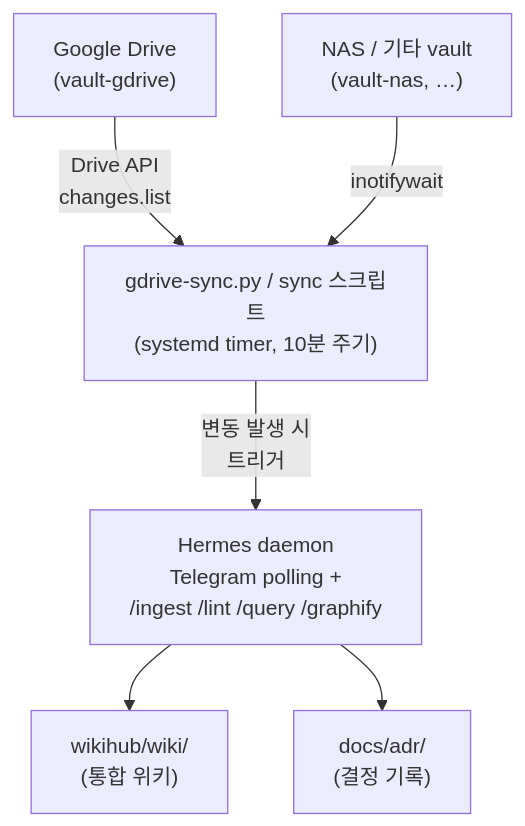
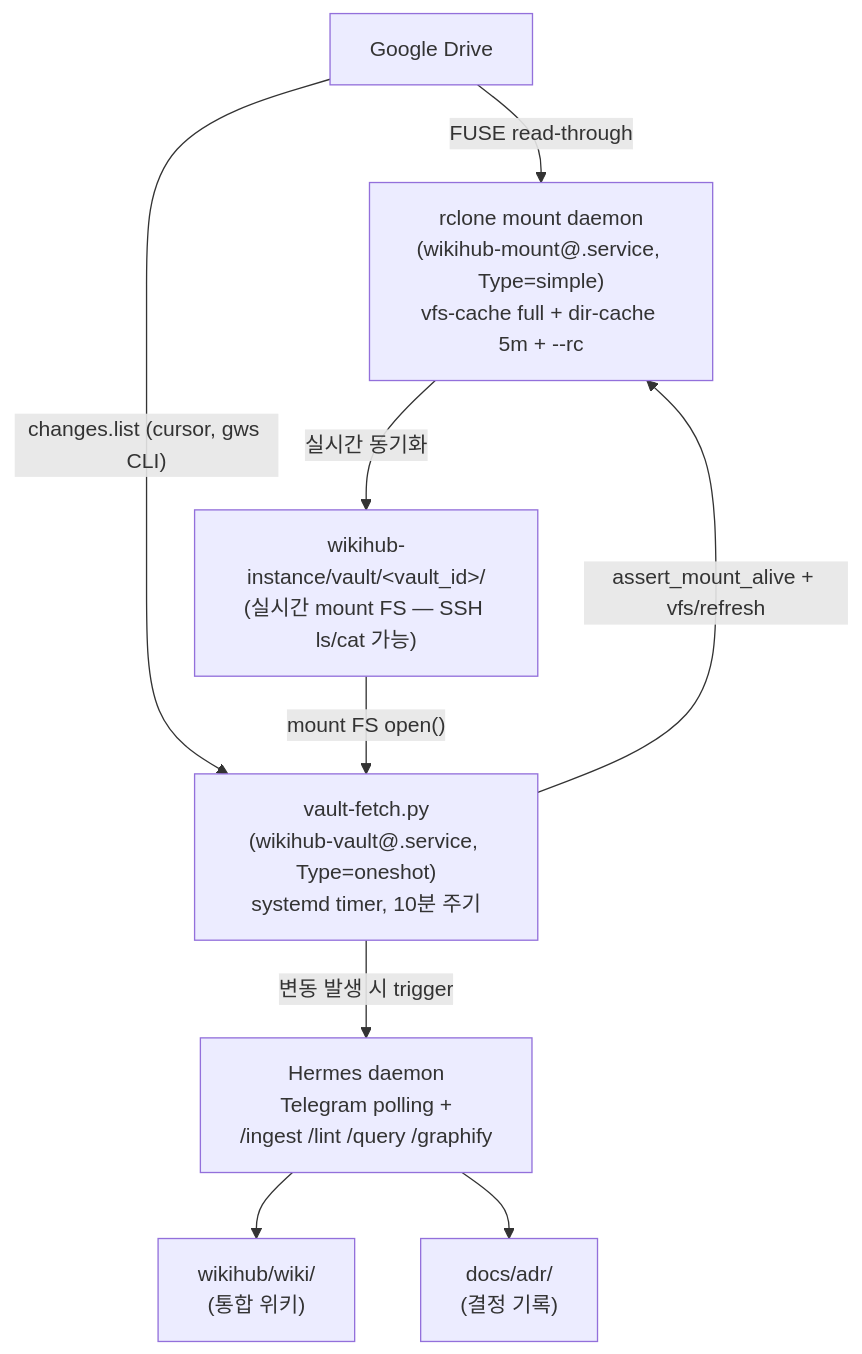
The first of 2 diagrams in README.md (im-dongseon/wikihub), drawn with Mermaid before and after one commit. The commit also changed other lines of this file and 105 other files, not shown here.

First line of the commit message:
feat: v0.1.0 spec 정본화 — F2 schema + F3 sync + F4 install_runtime

````diff
--- a/README.md
+++ b/README.md
@@ -49,15 +49,19 @@
 ```mermaid
 flowchart TD
-    GDrive["Google Drive<br/>(vault-gdrive)"]
-    NAS["NAS / 기타 vault<br/>(vault-nas, …)"]
-    Sync["gdrive-sync.py / sync 스크립트<br/>(systemd timer, 10분 주기)"]
+    GDrive["Google Drive"]
+    Mount["rclone mount daemon<br/>(wikihub-mount@.service, Type=simple)<br/>vfs-cache full + dir-cache 5m + --rc"]
+    Vault["wikihub-instance/vault/&lt;vault_id&gt;/<br/>(실시간 mount FS — SSH ls/cat 가능)"]
+    Sync["vault-fetch.py<br/>(wikihub-vault@.service, Type=oneshot)<br/>systemd timer, 10분 주기"]
     Hermes["Hermes daemon<br/>Telegram polling +<br/>/ingest /lint /query /graphify"]
     Wiki["wikihub/wiki/<br/>(통합 위키)"]
     ADR["docs/adr/<br/>(결정 기록)"]
 
-    GDrive -->|"Drive API<br/>changes.list"| Sync
-    NAS -->|inotifywait| Sync
-    Sync -->|"변동 발생 시<br/>트리거"| Hermes
+    GDrive -->|"FUSE read-through"| Mount
+    Mount -->|"실시간 동기화"| Vault
+    GDrive -->|"changes.list (cursor, gws CLI)"| Sync
+    Sync -->|"assert_mount_alive + vfs/refresh"| Mount
+    Vault -->|"mount FS open()"| Sync
+    Sync -->|"변동 발생 시 trigger"| Hermes
     Hermes --> Wiki
     Hermes --> ADR
 ```
````
